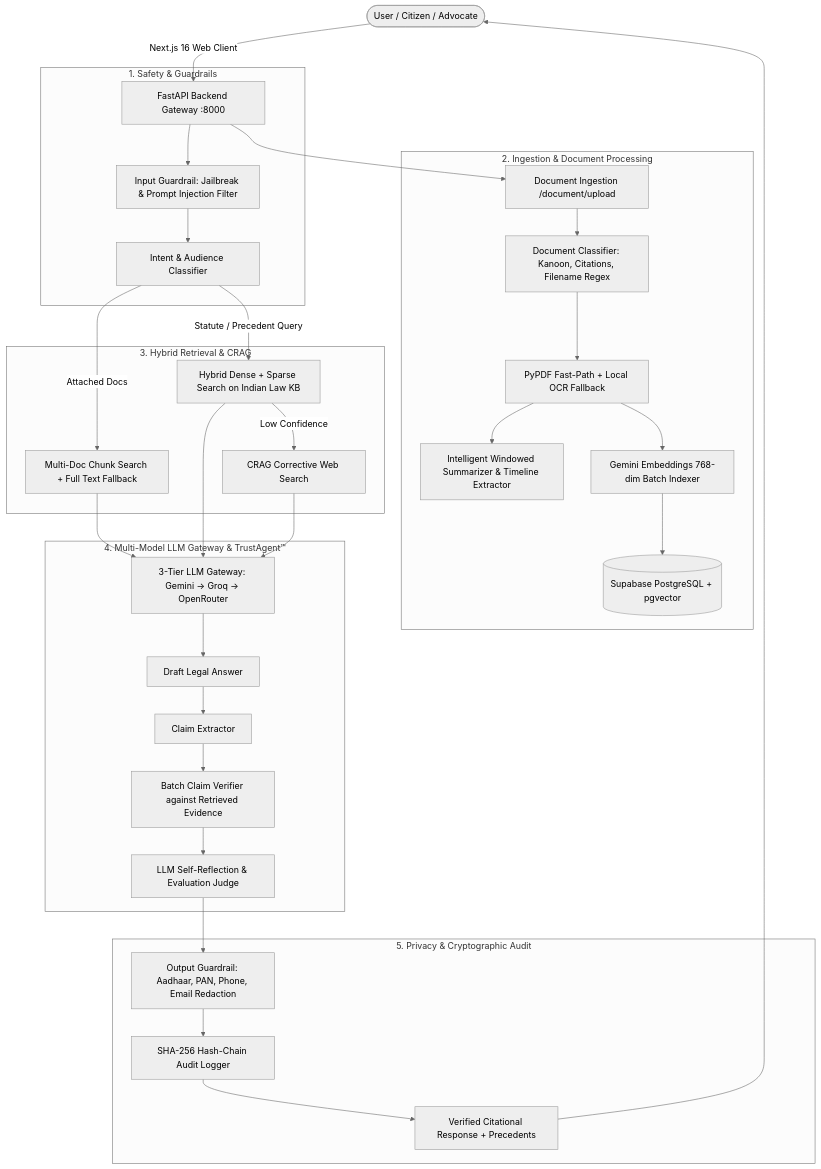
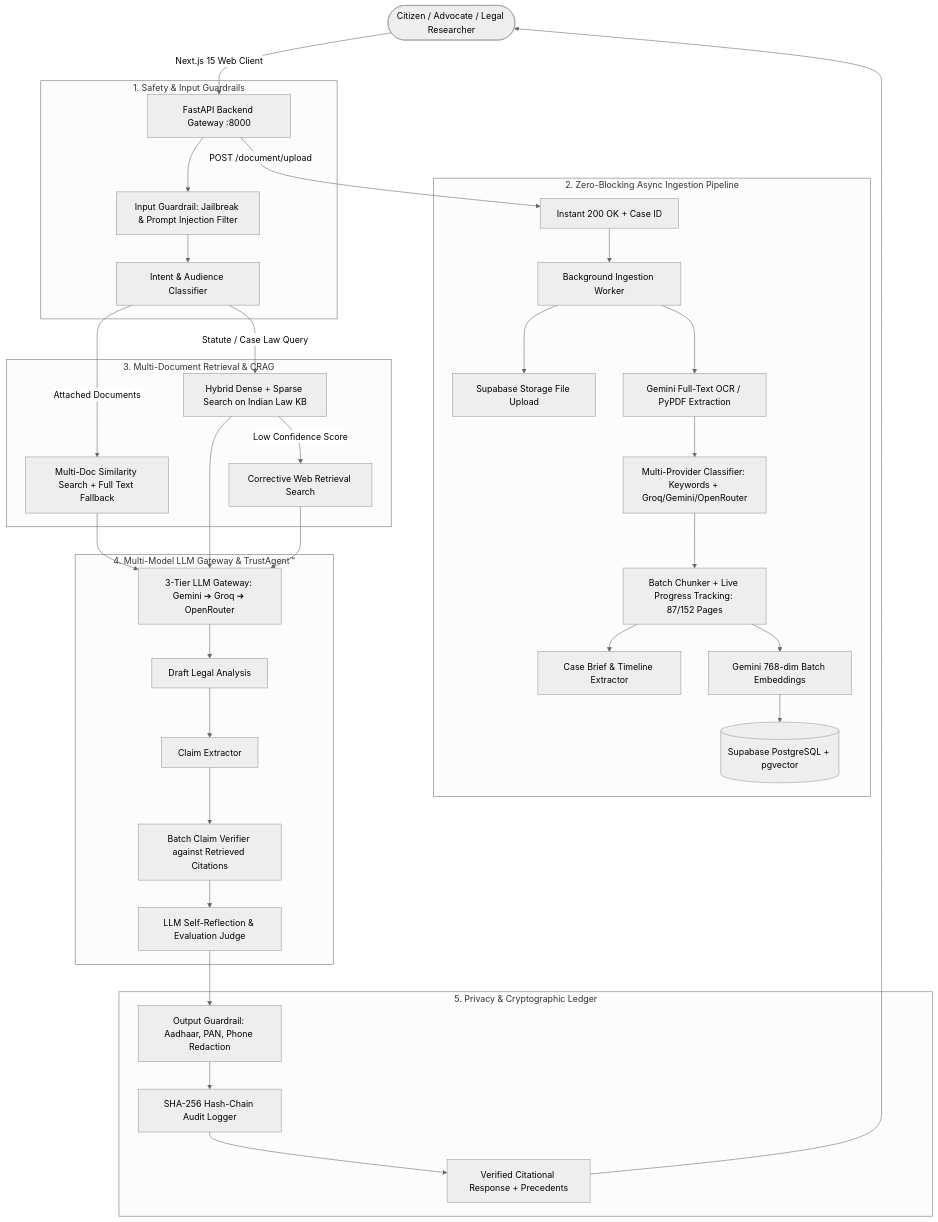
Before and after one commit to tanisha-64/NyayaPramaan: the first of 2 diagrams in README.md, drawn with Mermaid (neutral theme). The commit also changed other lines of this file and 27 other files, not shown here.

Commit message:
Complete: NyayaPramaan production updates - async upload, multi-provider classifier, live page progress tracking, Docker support, and comprehensive documentation

````diff
--- a/README.md
+++ b/README.md
@@ -23,42 +29,45 @@
 ```mermaid
 graph TD
-    User([User / Citizen / Advocate]) -->|Next.js 16 Web Client| Gateway[FastAPI Backend Gateway :8000]
+    User([Citizen / Advocate / Legal Researcher]) -->|Next.js 15 Web Client| Gateway[FastAPI Backend Gateway :8000]
     
-    subgraph "1. Safety & Guardrails"
+    subgraph "1. Safety & Input Guardrails"
         Gateway --> InGuard[Input Guardrail: Jailbreak & Prompt Injection Filter]
         InGuard --> IntentClass[Intent & Audience Classifier]
     end
 
-    subgraph "2. Ingestion & Document Processing"
-        Gateway --> DocIngest[Document Ingestion /document/upload]
-        DocIngest --> DocClass[Document Classifier: Kanoon, Citations, Filename Regex]
-        DocClass --> Chunker[PyPDF Fast-Path + Local OCR Fallback]
-        Chunker --> Summarizer[Intelligent Windowed Summarizer & Timeline Extractor]
-        Chunker --> Embedder[Gemini Embeddings 768-dim Batch Indexer]
+    subgraph "2. Zero-Blocking Async Ingestion Pipeline"
+        Gateway -->|POST /document/upload| QuickResp[Instant 200 OK + Case ID]
+        QuickResp --> BgTask[Background Ingestion Worker]
+        BgTask --> Storage[Supabase Storage File Upload]
+        BgTask --> OCR[Gemini Full-Text OCR / PyPDF Extraction]
+        OCR --> Classifier[Multi-Provider Classifier: Keywords + Groq/Gemini/OpenRouter]
+        Classifier --> Chunker[Batch Chunker + Live Progress Tracking: 87/152 Pages]
+        Chunker --> Summarizer[Case Brief & Timeline Extractor]
+        Chunker --> Embedder[Gemini 768-dim Batch Embeddings]
         Embedder --> VectorDB[(Supabase PostgreSQL + pgvector)]
     end
 
-    subgraph "3. Hybrid Retrieval & CRAG"
-        IntentClass -->|Attached Docs| DocRAG[Multi-Doc Chunk Search + Full Text Fallback]
-        IntentClass -->|Statute / Precedent Query| KbRAG[Hybrid Dense + Sparse Search on Indian Law KB]
-        KbRAG -->|Low Confidence| CRAG[CRAG Corrective Web Search]
+    subgraph "3. Multi-Document Retrieval & CRAG"
+        IntentClass -->|Attached Documents| DocRAG[Multi-Doc Similarity Search + Full Text Fallback]
+        IntentClass -->|Statute / Case Law Query| KbRAG[Hybrid Dense + Sparse Search on Indian Law KB]
+        KbRAG -->|Low Confidence Score| CRAG[Corrective Web Retrieval Search]
     end
 
     subgraph "4. Multi-Model LLM Gateway & TrustAgent™"
-        DocRAG --> LLMGateway[3-Tier LLM Gateway: Gemini -> Groq -> OpenRouter]
+        DocRAG --> LLMGateway[3-Tier LLM Gateway: Gemini ➔ Groq ➔ OpenRouter]
         KbRAG --> LLMGateway
         CRAG --> LLMGateway
-        LLMGateway --> DraftAnswer[Draft Legal Answer]
+        LLMGateway --> DraftAnswer[Draft Legal Analysis]
         DraftAnswer --> ClaimExt[Claim Extractor]
-        ClaimExt --> Verifier[Batch Claim Verifier against Retrieved Evidence]
+        ClaimExt --> Verifier[Batch Claim Verifier against Retrieved Citations]
         Verifier --> Judge[LLM Self-Reflection & Evaluation Judge]
     end
 
-    subgraph "5. Privacy & Cryptographic Audit"
-        Judge --> OutGuard[Output Guardrail: Aadhaar, PAN, Phone, Email Redaction]
+    subgraph "5. Privacy & Cryptographic Ledger"
+        Judge --> OutGuard[Output Guardrail: Aadhaar, PAN, Phone Redaction]
         OutGuard --> HashChain[SHA-256 Hash-Chain Audit Logger]
         HashChain --> FinalResponse[Verified Citational Response + Precedents]
     end
 
     FinalResponse --> User
 ```
````
